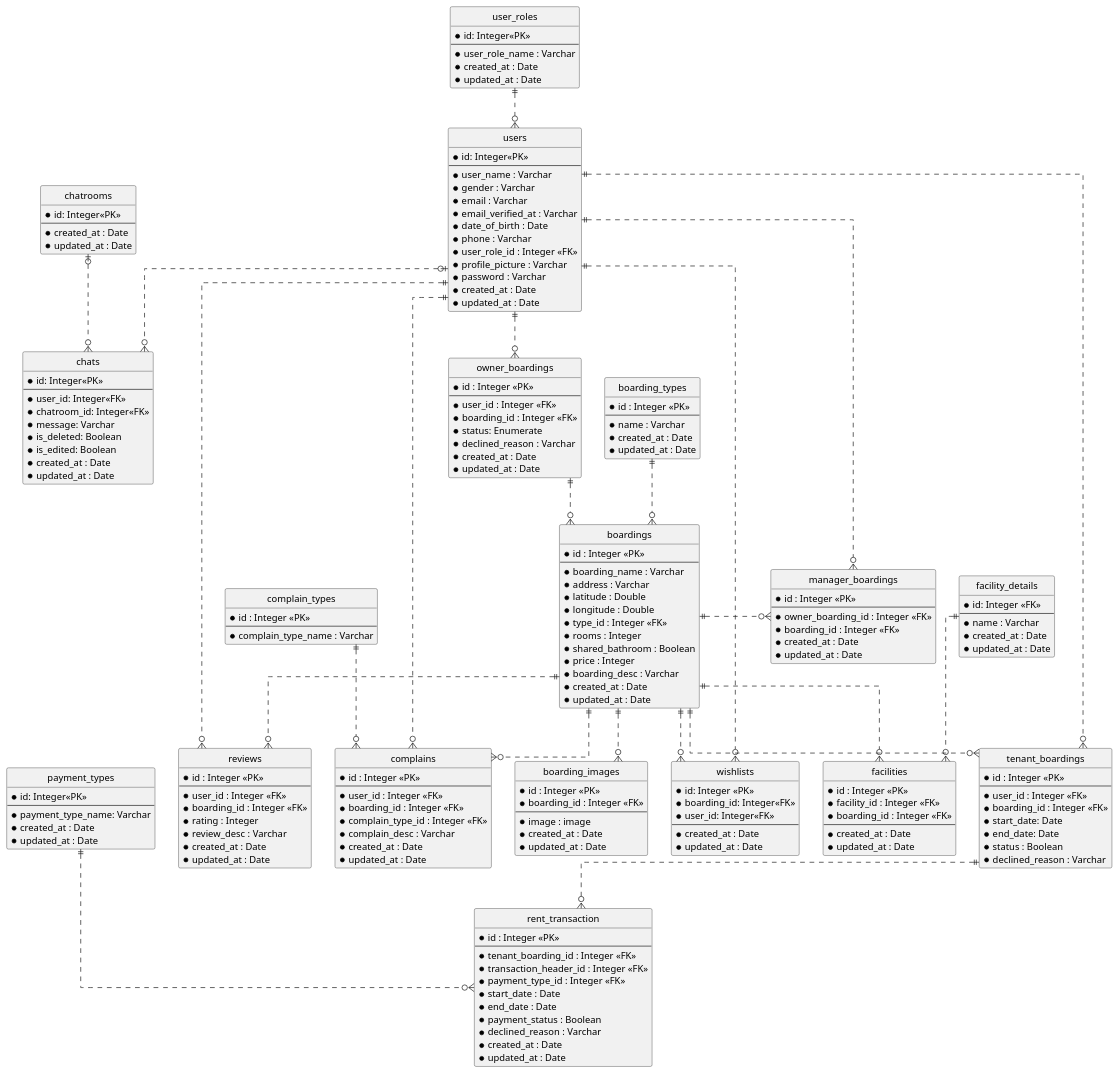
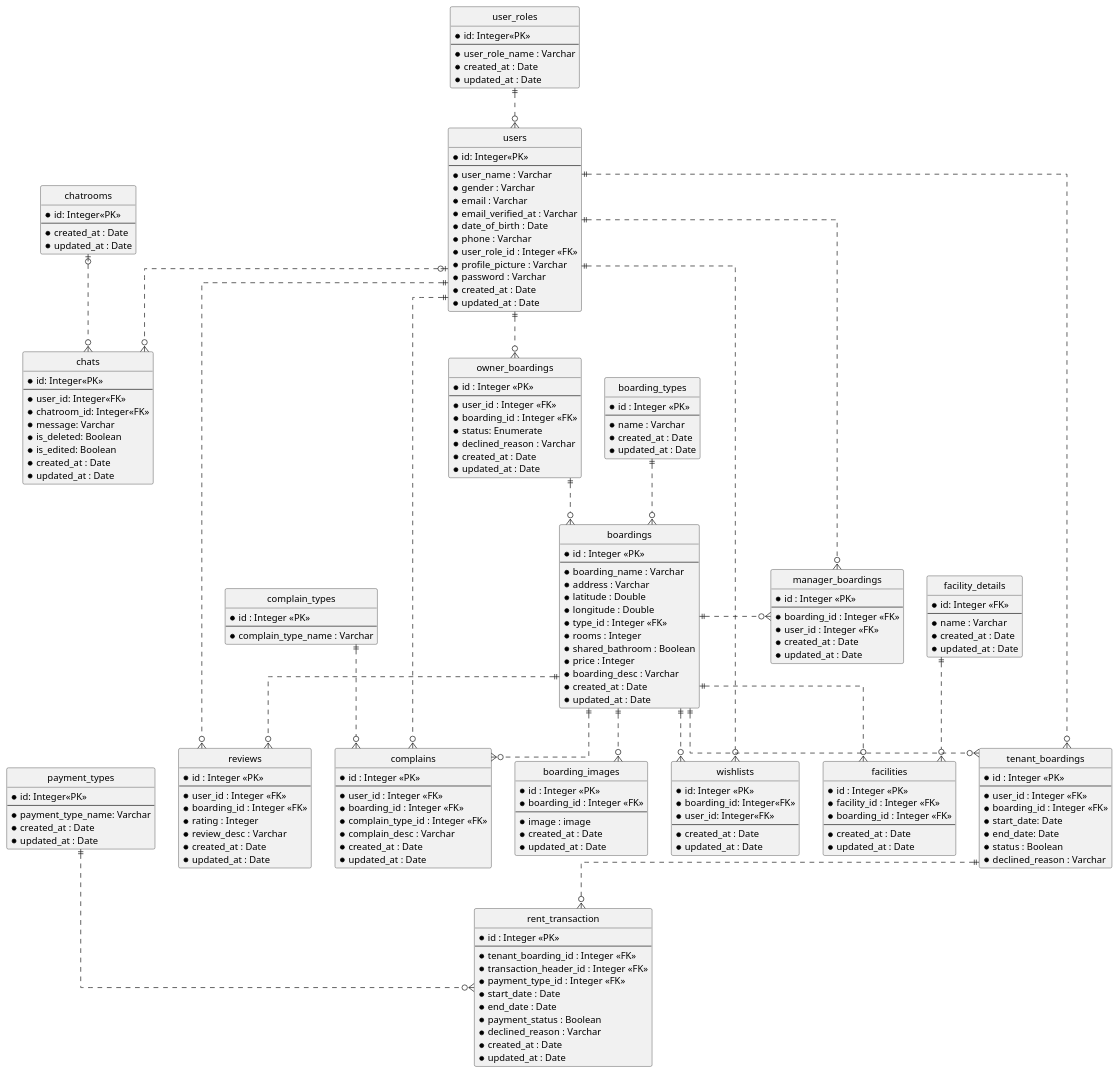
Before and after one commit to AntWort21/BHFMS: the diagram in Design/BHFMS_ERD.puml, drawn with PlantUML. The commit also changed 14 other files, not shown here.

```diff
--- a/Design/BHFMS_ERD.puml
+++ b/Design/BHFMS_ERD.puml
@@ -128,8 +128,8 @@
 entity "manager_boardings" as mabh {
   *id : Integer <<PK>>
   --
-  *owner_boarding_id : Integer <<FK>>
   *boarding_id : Integer <<FK>>
+  *user_id : Integer <<FK>>
   *created_at : Date
   *updated_at : Date
 }
```
